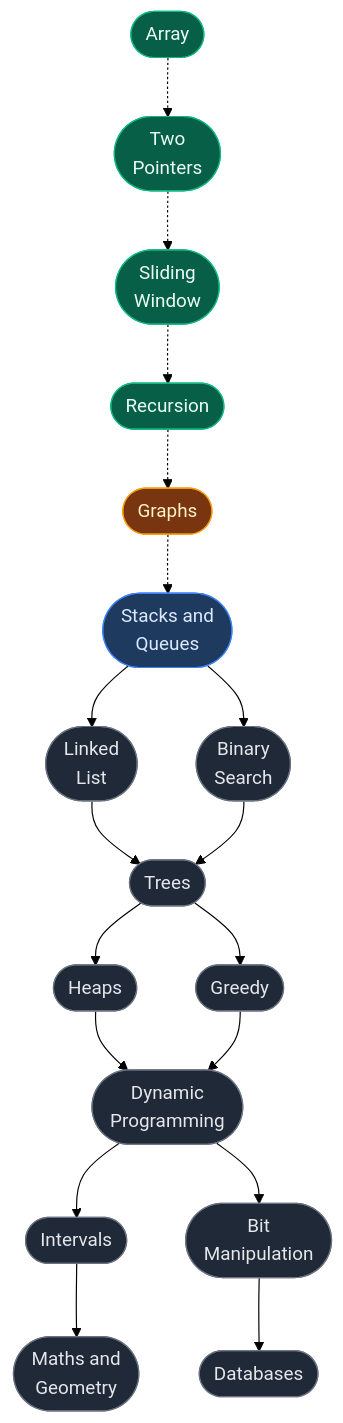
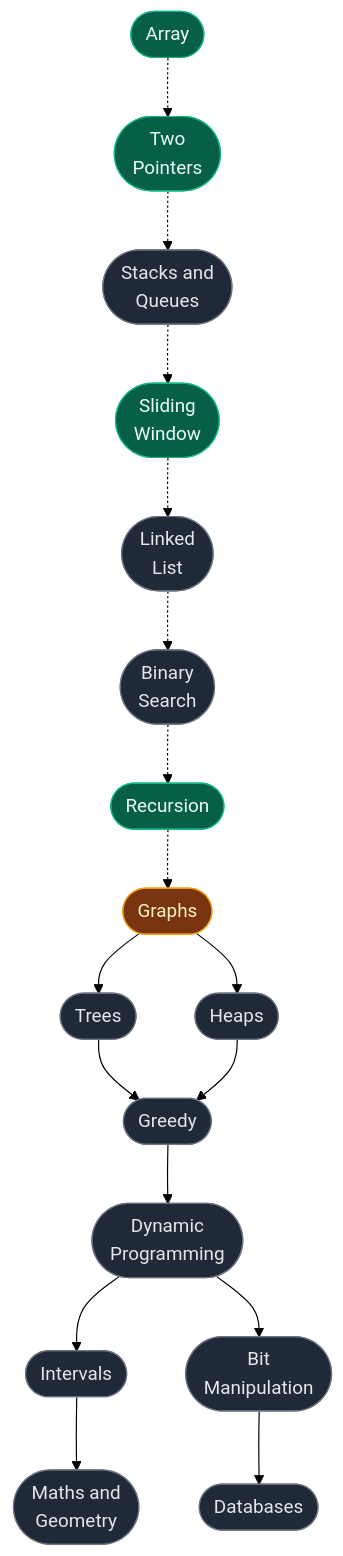
Before and after one commit to ajay-nikumbh/dsa-notes: the second of 2 diagrams in README.md, drawn with Mermaid (forest theme).

Commit message:
Reorder roadmap spine to standard curriculum sequence

````diff
--- a/README.md
+++ b/README.md
@@ -52,26 +52,25 @@
 ```mermaid
 flowchart TD
     A(["Array"]):::done -.-> B(["Two<br/>Pointers"]):::done
-    B -.-> C(["Sliding<br/>Window"]):::done
-    C -.-> D(["Recursion"]):::done
-    D -.-> E(["Graphs"]):::inprog
-    E -.-> F(["Stacks and<br/>Queues"]):::next
+    B -.-> C(["Stacks and<br/>Queues"]):::todo
+    C -.-> D(["Sliding<br/>Window"]):::done
+    D -.-> E(["Linked<br/>List"]):::todo
+    E -.-> F(["Binary<br/>Search"]):::todo
+    F -.-> G(["Recursion"]):::done
+    G -.-> H(["Graphs"]):::inprog
 
-    F --> G(["Linked<br/>List"]):::todo
-    F --> H(["Binary<br/>Search"]):::todo
-    G --> I(["Trees"]):::todo
-    H --> I
-    I --> J(["Heaps"]):::todo
+    H --> I(["Trees"]):::todo
+    H --> J(["Heaps"]):::todo
     I --> K(["Greedy"]):::todo
-    J --> L(["Dynamic<br/>Programming"]):::todo
-    K --> L
+    J --> K
+    K --> L(["Dynamic<br/>Programming"]):::todo
     L --> M(["Intervals"]):::todo
     L --> N(["Bit<br/>Manipulation"]):::todo
     M --> O(["Maths and<br/>Geometry"]):::todo
     N --> P(["Databases"]):::todo
 
     classDef done fill:#065f46,stroke:#10b981,color:#ecfdf5
     classDef inprog fill:#78350f,stroke:#f59e0b,color:#fef3c7
     classDef next fill:#1e3a5f,stroke:#3b82f6,color:#dbeafe
     classDef todo fill:#1f2937,stroke:#6b7280,color:#e5e7eb
 ```
````
